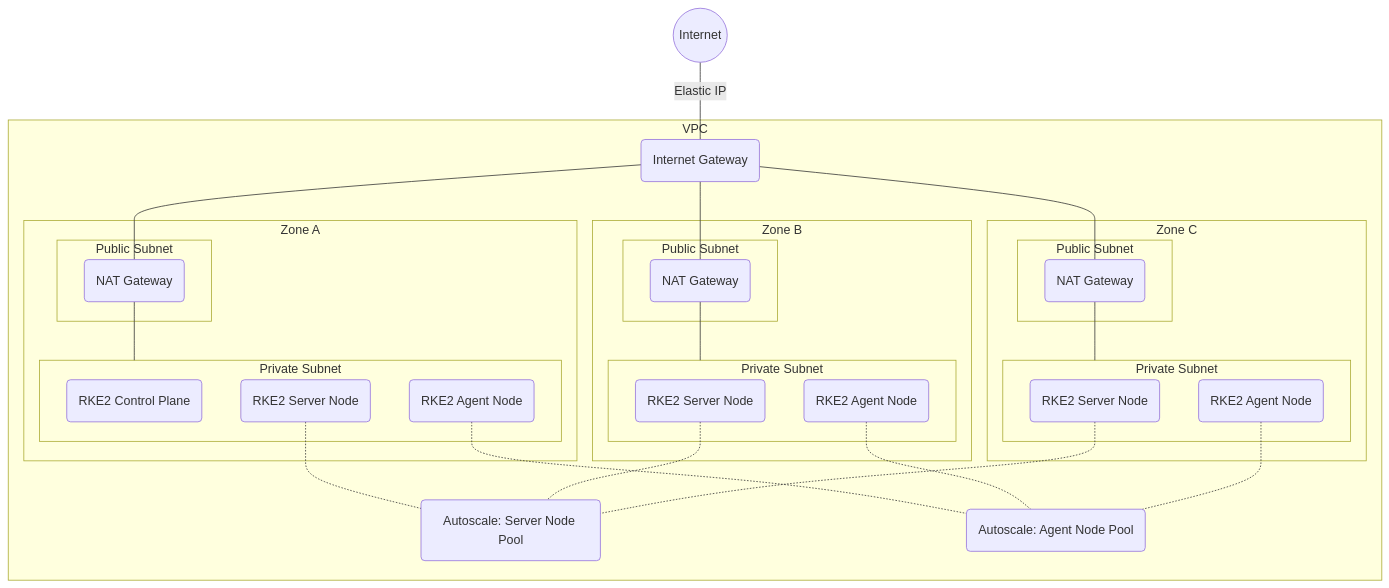
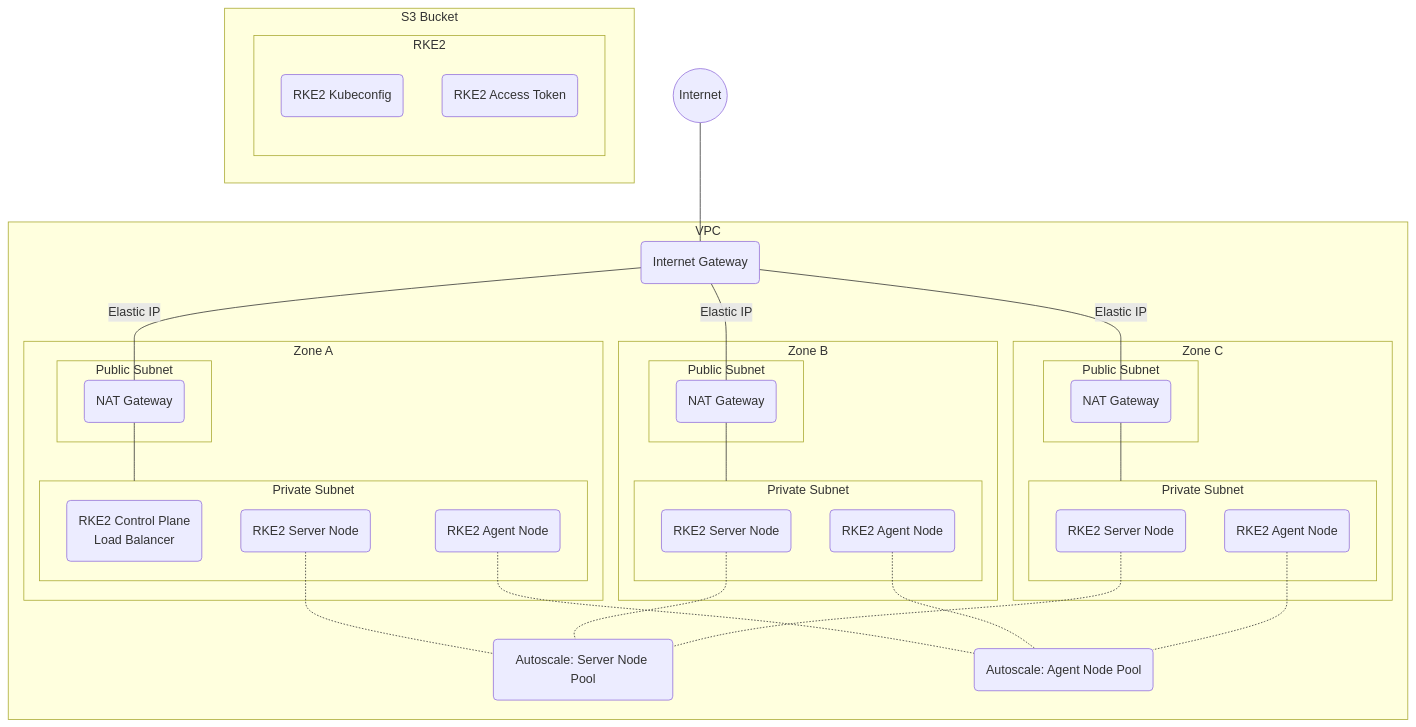
Before and after one commit to Yenwod/big-bang-customers-templates: the diagram in terraform/readme.md, drawn with Mermaid. The commit also changed other lines of this file, not shown here.

````diff
--- a/terraform/readme.md
+++ b/terraform/readme.md
@@ -62,46 +99,55 @@
 ```mermaid
 flowchart TD;
 
-internet((Internet)) ---|Elastic IP| igw
+internet((Internet)) --- igw
 
 subgraph VPC
-  igw(Internet Gateway) --- nat1 & nat2 & nat3
+  igw(Internet Gateway) ---|Elastic IP| nat1 & nat2 & nat3
+
 
   subgraph za [Zone A]
     nat1 --- zapriv
     subgraph zapub [Public Subnet]
       nat1(NAT Gateway)
     end
     subgraph zapriv [Private Subnet]
-      cp(RKE2 Control Plane)
+      cp(RKE2 Control Plane\nLoad Balancer)
       s1(RKE2 Server Node)
       a1(RKE2 Agent Node)
     end
   end
 
   subgraph zb [Zone B]
     nat2 --- zbpriv
     subgraph zbpub [Public Subnet]
       nat2(NAT Gateway)
     end
     subgraph zbpriv [Private Subnet]
       s2(RKE2 Server Node)
       a2(RKE2 Agent Node)
     end
   end
 
   subgraph zc [Zone C]
     nat3 --- zcpriv
     subgraph zcpub [Public Subnet]
       nat3(NAT Gateway)
     end
     subgraph zcpriv [Private Subnet]
       s3(RKE2 Server Node)
       a3(RKE2 Agent Node)
     end
   end
 
   s1 & s2 & s3 -.- sscale(Autoscale: Server Node Pool)
   a1 & a2 & a3 -.- ascale(Autoscale: Agent Node Pool)
+
+end
+
+subgraph store [S3 Bucket]
+  subgraph RKE2
+    yaml(RKE2 Kubeconfig)
+    token(RKE2 Access Token)
+  end
 end
 ```
````
